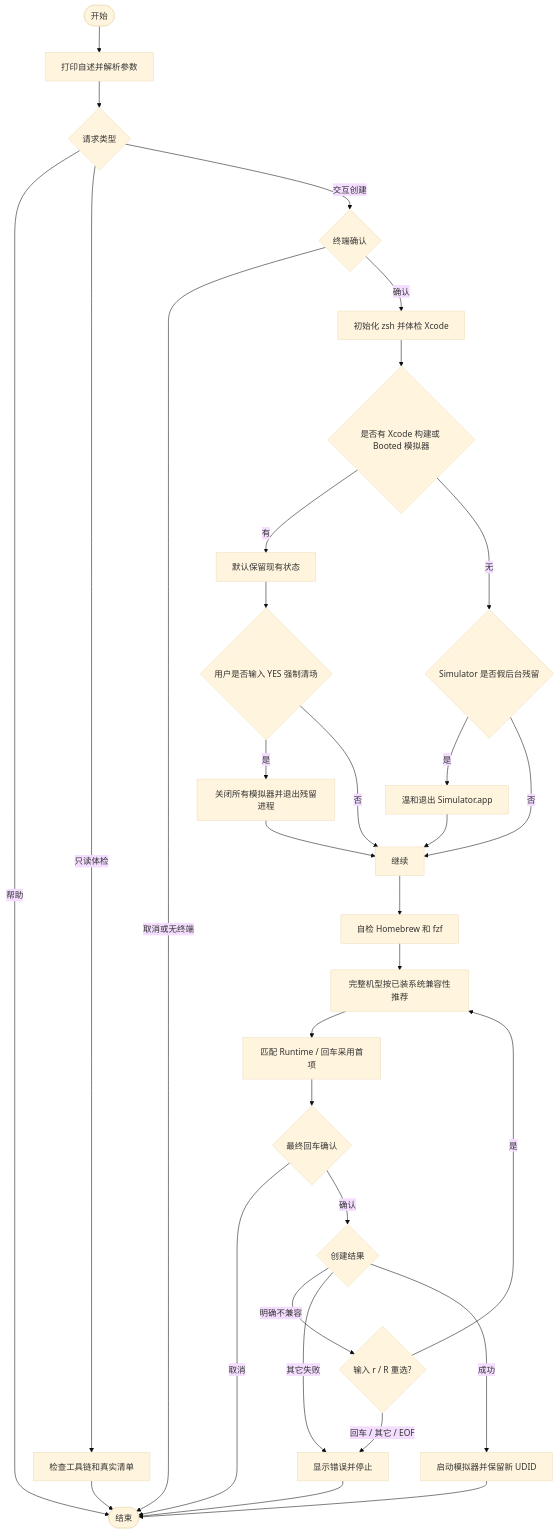
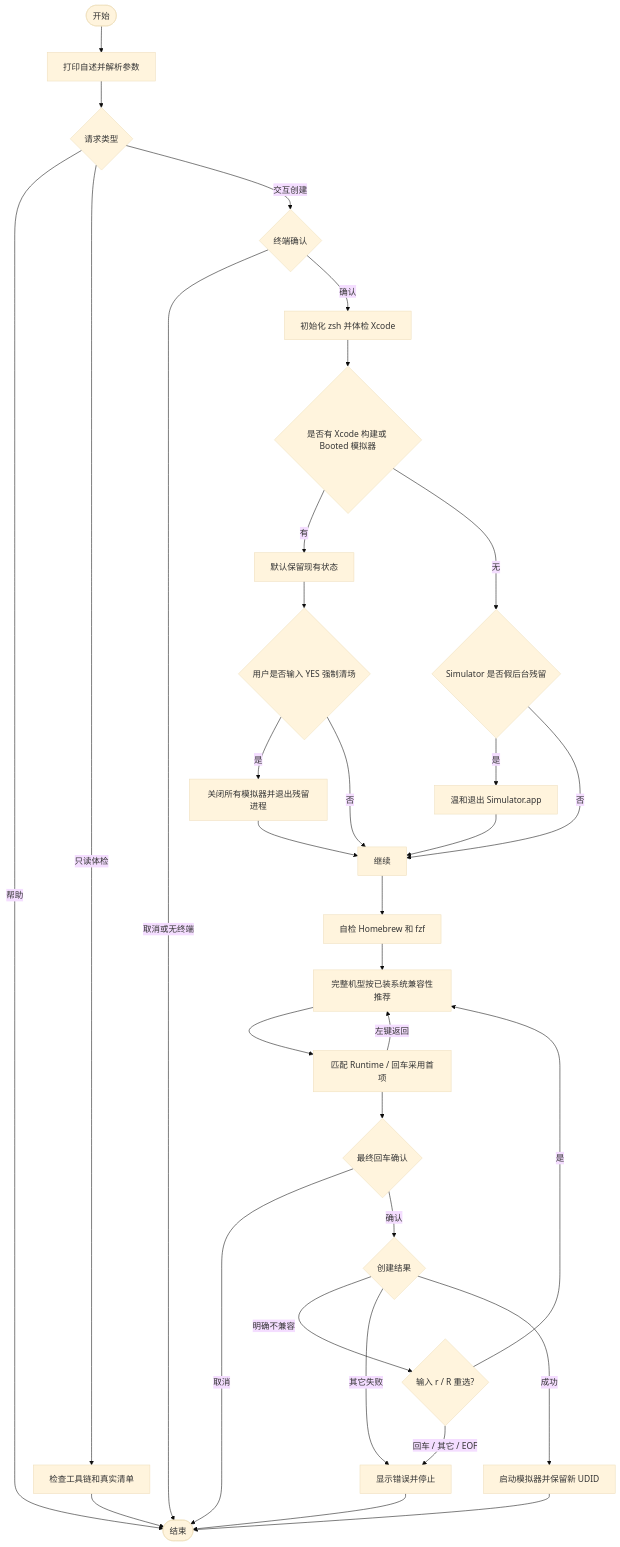
Before and after one commit to JobsKits/JobsCommand-iOS: the diagram in 其他/【MacOS】📱双击初始化iOS模拟器.command/README.md, drawn with Mermaid (base theme). The commit also changed other lines of this file and 3 other files, not shown here.

````diff
--- a/其他/【MacOS】📱双击初始化iOS模拟器.command/README.md
+++ b/其他/【MacOS】📱双击初始化iOS模拟器.command/README.md
@@ -135,34 +135,35 @@
 ```mermaid
 graph TD
   A([开始]) --> B[打印自述并解析参数]
   B --> U{请求类型}
   U -->|帮助| P
   U -->|只读体检| T[检查工具链和真实清单]
   T --> P
   U -->|交互创建| V{终端确认}
   V -->|取消或无终端| P
   V -->|确认| C[初始化 zsh 并体检 Xcode]
   C --> D{是否有 Xcode 构建或 Booted 模拟器}
   D -->|有| E[默认保留现有状态]
   D -->|无| F{Simulator 是否假后台残留}
   F -->|是| G[温和退出 Simulator.app]
   F -->|否| H[继续]
   E --> I{用户是否输入 YES 强制清场}
   I -->|是| J[关闭所有模拟器并退出残留进程]
   I -->|否| H
   G --> H
   J --> H
   H --> K[自检 Homebrew 和 fzf]
   K --> L[完整机型按已装系统兼容性推荐]
   L --> M[匹配 Runtime / 回车采用首项]
+  M -->|左键返回| L
   M --> Q{最终回车确认}
   Q -->|取消| P
   Q -->|确认| N{创建结果}
   N -->|明确不兼容| W{输入 r / R 重选?}
   W -->|是| L
   W -->|回车 / 其它 / EOF| R
   N -->|其它失败| R[显示错误并停止]
   R --> P
   N -->|成功| O[启动模拟器并保留新 UDID]
   O --> P([结束])
 ```
````
